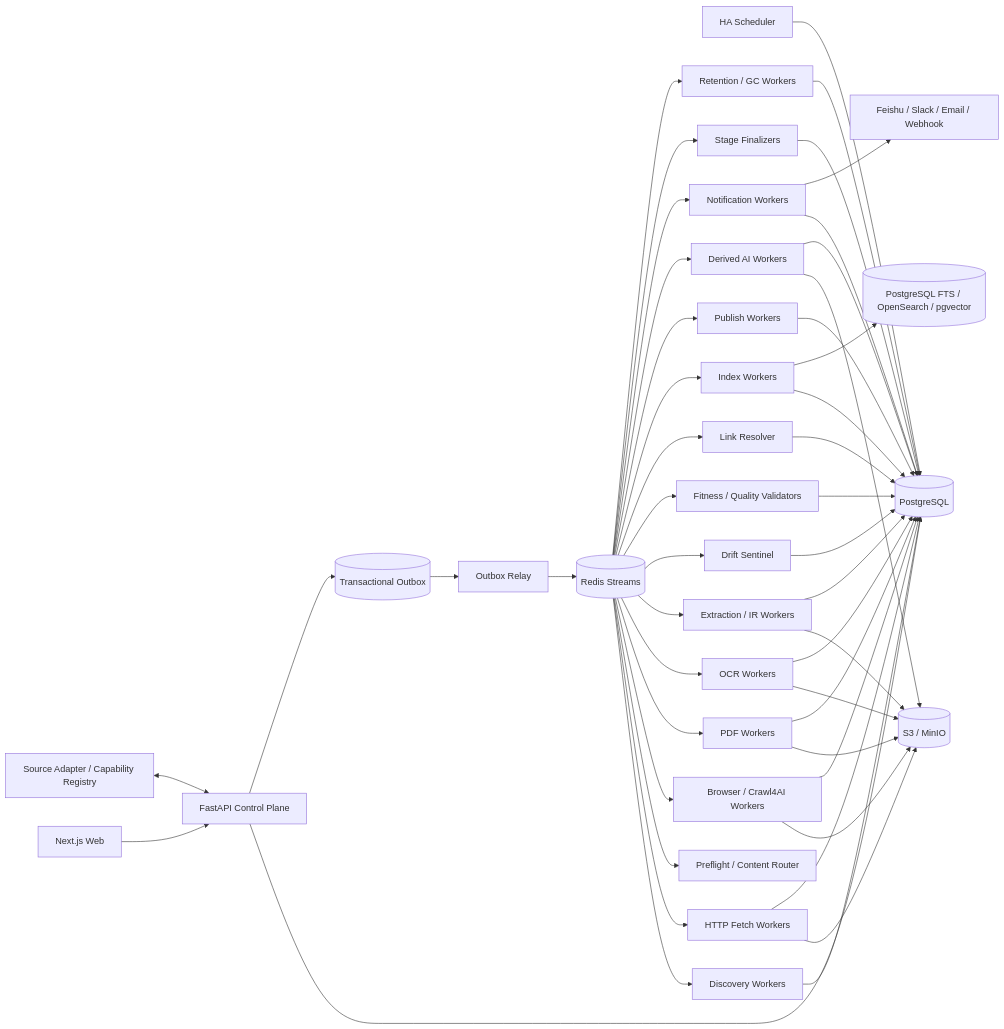
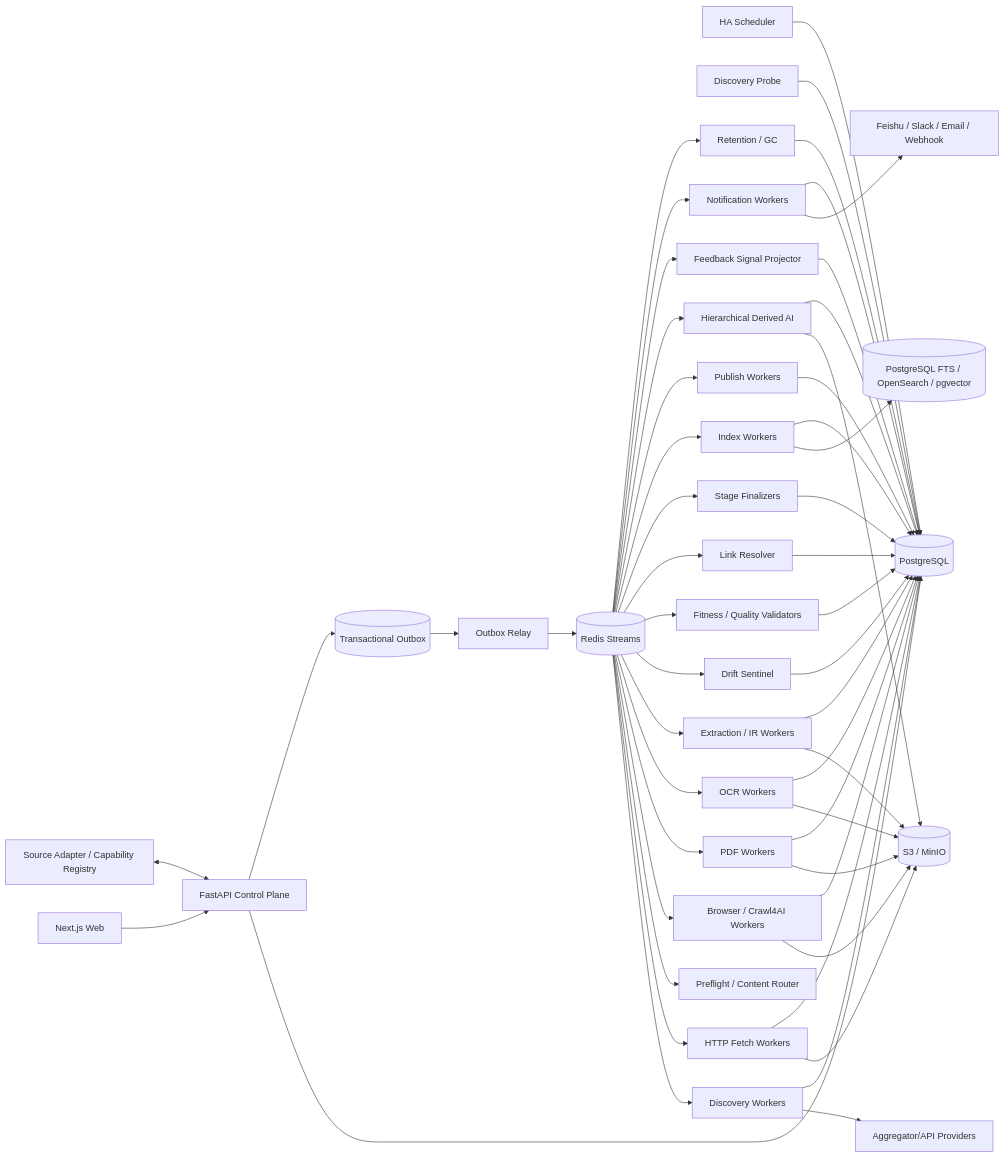
One commit to WorkerXu/my-doc changed the diagram in 博客知识库技术方案.md. Above: the diagram before and after it, drawn with Mermaid. The commit also changed other lines of this file, not shown here.

Commit message:
融合 TrendSearch 优化博客知识库技术方案

````diff
--- a/博客知识库技术方案.md
+++ b/博客知识库技术方案.md
@@ -55,55 +55,60 @@
 ```mermaid
 flowchart LR
     UI[Next.js Web] --> API[FastAPI Control Plane]
     API --> PG[(PostgreSQL)]
     API --> OUT[(Transactional Outbox)]
 
     SCH[HA Scheduler] --> PG
+    REG[Source Adapter / Capability Registry] <--> API
+    PROBE[Discovery Probe] --> PG
+
     OUT --> RELAY[Outbox Relay]
     RELAY --> Q[(Redis Streams)]
 
-    REG[Source Adapter / Capability Registry] <--> API
-
     Q --> DW[Discovery Workers]
+    DW --> AGG[Aggregator/API Providers]
     Q --> HF[HTTP Fetch Workers]
     Q --> RT[Preflight / Content Router]
     Q --> BW[Browser / Crawl4AI Workers]
     Q --> PDF[PDF Workers]
     Q --> OCR[OCR Workers]
     Q --> EX[Extraction / IR Workers]
     Q --> DS[Drift Sentinel]
     Q --> QV[Fitness / Quality Validators]
     Q --> LR[Link Resolver]
-    Q --> IX[Index Workers]
-    Q --> PB[Publish Workers]
-    Q --> AI[Derived AI Workers]
-    Q --> NT[Notification Workers]
     Q --> FIN[Stage Finalizers]
-    Q --> GC[Retention / GC Workers]
 
     HF --> OBJ[(S3 / MinIO)]
     BW --> OBJ
     PDF --> OBJ
     OCR --> OBJ
     EX --> OBJ
+
+    Q --> IX[Index Workers]
+    Q --> PB[Publish Workers]
+    Q --> AI[Hierarchical Derived AI]
+    Q --> SIG[Feedback Signal Projector]
+    Q --> NT[Notification Workers]
+    Q --> GC[Retention / GC]
+
+    IX --> SEARCH[(PostgreSQL FTS / OpenSearch / pgvector)]
     AI --> OBJ
+    SIG --> PG
+    NT --> CH[Feishu / Slack / Email / Webhook]
 
     DW --> PG
     HF --> PG
     BW --> PG
     PDF --> PG
     OCR --> PG
     EX --> PG
     DS --> PG
     QV --> PG
     LR --> PG
+    FIN --> PG
     IX --> PG
     PB --> PG
     AI --> PG
     NT --> PG
-    FIN --> PG
     GC --> PG
-
-    IX --> SEARCH[(PostgreSQL FTS / OpenSearch / pgvector)]
-    NT --> CH[Feishu / Slack / Email / Webhook]
 ```
````
